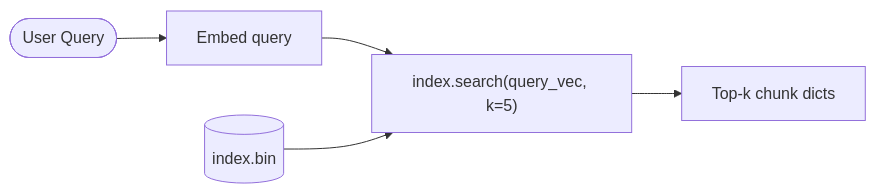
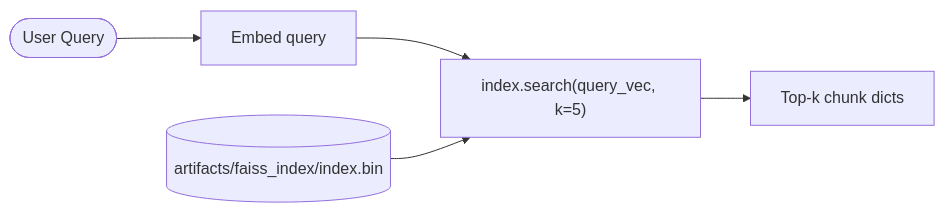
One commit to pypi-ahmad/agentic-rag-arxiv-research-assistant changed the second of 2 diagrams in docs/02_core_concepts/vector_databases.md. Above: the diagram before and after it, drawn with Mermaid. The commit also changed other lines of this file and 25 other files, not shown here.

````diff
--- a/docs/02_core_concepts/vector_databases.md
+++ b/docs/02_core_concepts/vector_databases.md
@@ -218,7 +218,7 @@
 ```mermaid
 flowchart LR
     Q([User Query]) --> EQ[Embed query]
     EQ --> S["index.search(query_vec, k=5)"]
-    D[(index.bin)] --> S
+    D[(artifacts/faiss_index/index.bin)] --> S
     S --> R[Top-k chunk dicts]
 ```
````
